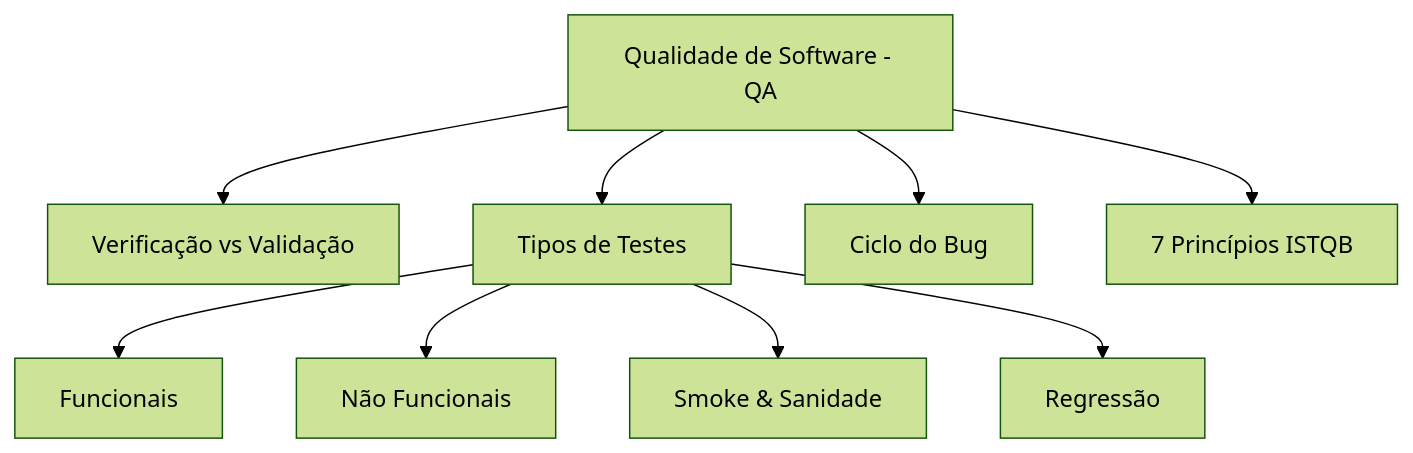
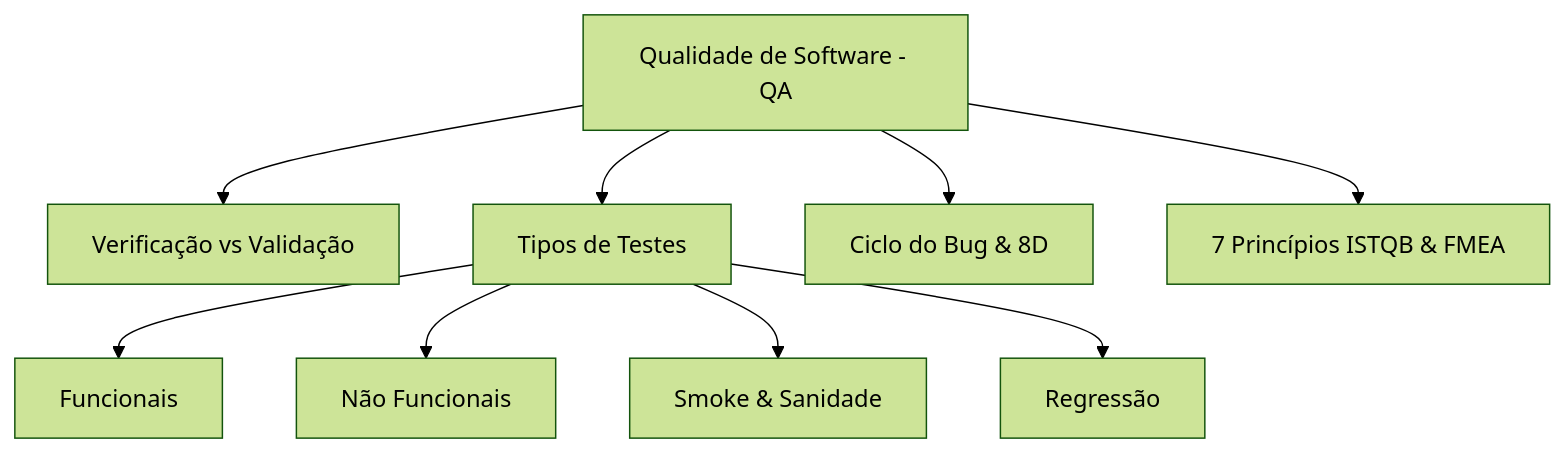
One commit to wiliamcherubim/projetos_de_IA changed the diagram in Prompts dados pela IA/anotacoes/semana-01.md. Above: the diagram before and after it, drawn with Mermaid (forest theme). The commit also changed other lines of this file and 20 other files, not shown here.

````diff
--- a/Prompts dados pela IA/anotacoes/semana-01.md
+++ b/Prompts dados pela IA/anotacoes/semana-01.md
@@ -135,11 +142,11 @@
 ```mermaid
 graph TD
     A[Qualidade de Software - QA] --> B[Verificação vs Validação]
     A --> C[Tipos de Testes]
     C --> C1[Funcionais]
     C --> C2[Não Funcionais]
     C --> C3[Smoke & Sanidade]
     C --> C4[Regressão]
-    A --> D[Ciclo do Bug]
-    A --> E[7 Princípios ISTQB]
+    A --> D[Ciclo do Bug & 8D]
+    A --> E[7 Princípios ISTQB & FMEA]
 ```
````
